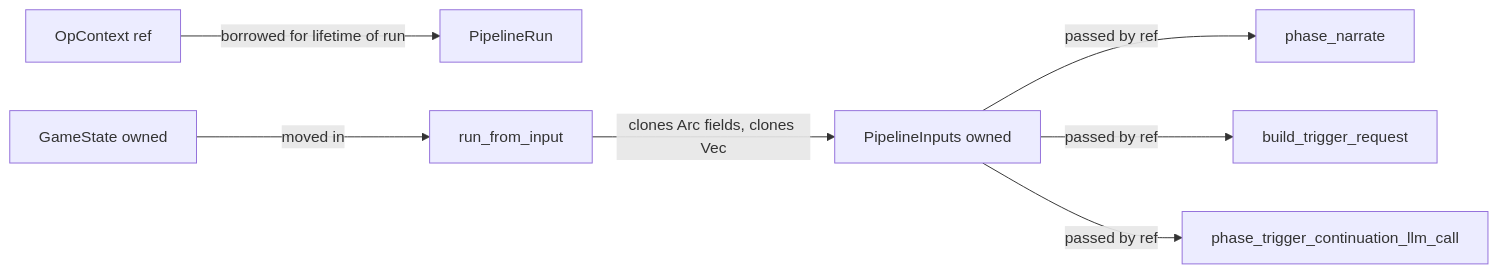
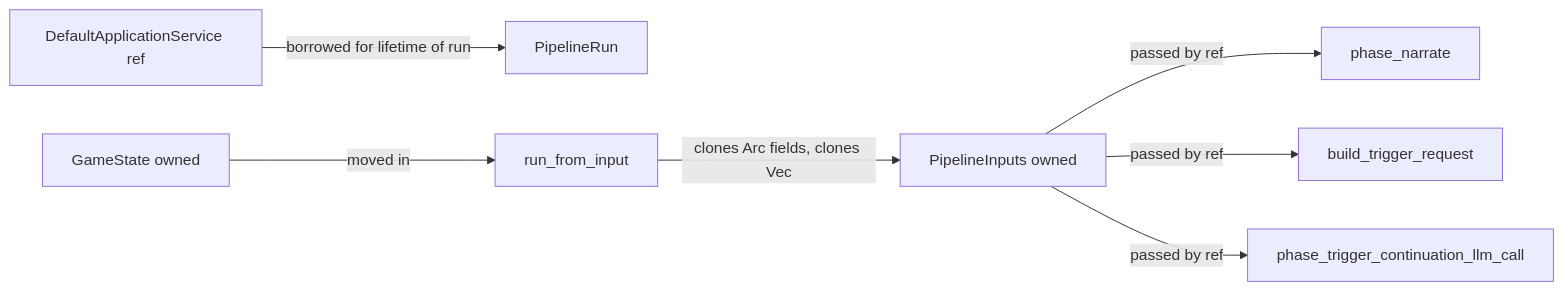
One commit to notsonormal/chronicler-engine changed the first of 2 diagrams in chronicler_engine/docs/system/action_pipeline.md. Above: the diagram before and after it, drawn with Mermaid. The commit also changed other lines of this file and 9 other files, not shown here.

````diff
--- a/chronicler_engine/docs/system/action_pipeline.md
+++ b/chronicler_engine/docs/system/action_pipeline.md
@@ -28,9 +28,9 @@
 ```mermaid
 flowchart LR
-    A[OpContext ref] -->|borrowed for lifetime of run| R[PipelineRun]
+    A[DefaultApplicationService ref] -->|borrowed for lifetime of run| R[PipelineRun]
     B[GameState owned] -->|moved in| RF[run_from_input]
     RF -->|clones Arc fields, clones Vec| PI[PipelineInputs owned]
     PI -->|passed by ref| PN[phase_narrate]
     PI -->|passed by ref| BP[build_trigger_request]
     PI -->|passed by ref| TC[phase_trigger_continuation_llm_call]
 ```
````
